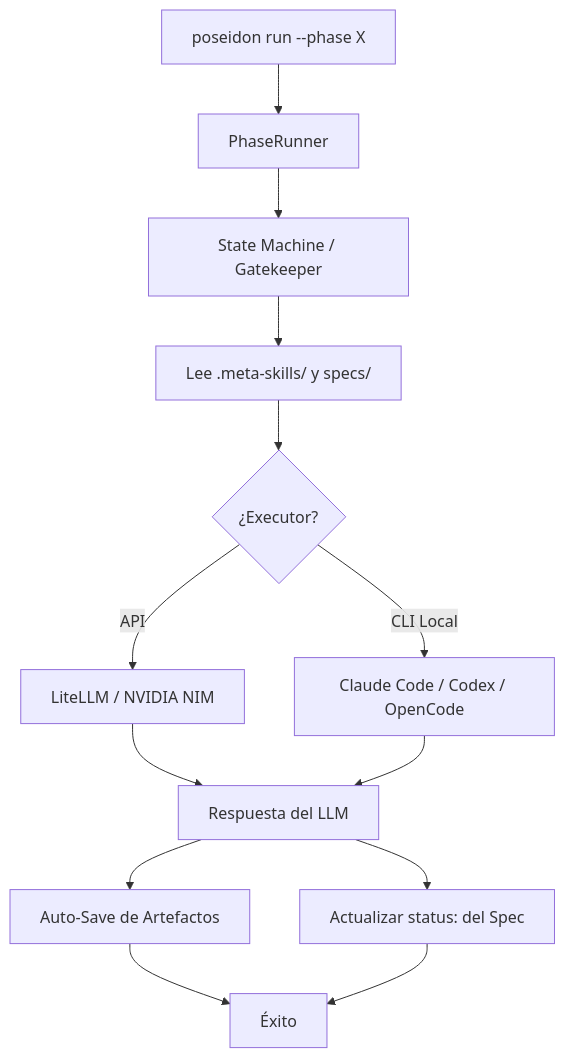
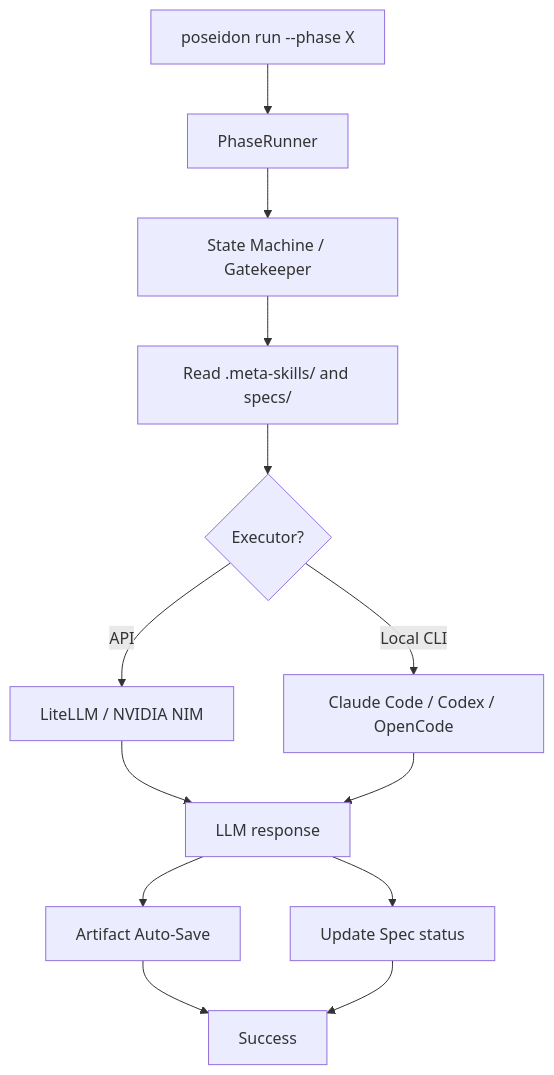
The diagram in README.md (MrErov/poseidon-agent), drawn with Mermaid before and after one commit. The commit also changed other lines of this file, not shown here.

````diff
--- a/README.md
+++ b/README.md
@@ -46,15 +45,15 @@
 ```mermaid
 graph TD
     CLI[poseidon run --phase X] --> Runner[PhaseRunner]
     Runner --> StateMachine[State Machine / Gatekeeper]
-    StateMachine --> ColdMemory[Lee .meta-skills/ y specs/]
-    ColdMemory --> Decision{¿Executor?}
+    StateMachine --> ColdMemory[Read .meta-skills/ and specs/]
+    ColdMemory --> Decision{Executor?}
     Decision -- API --> LiteLLM[LiteLLM / NVIDIA NIM]
-    Decision -- CLI Local --> Subprocess[Claude Code / Codex / OpenCode]
-    LiteLLM --> Result[Respuesta del LLM]
+    Decision -- Local CLI --> Subprocess[Claude Code / Codex / OpenCode]
+    LiteLLM --> Result[LLM response]
     Subprocess --> Result
-    Result --> AutoSave[Auto-Save de Artefactos]
-    Result --> SpecUpdate[Actualizar status: del Spec]
-    AutoSave --> Done[Éxito]
+    Result --> AutoSave[Artifact Auto-Save]
+    Result --> SpecUpdate[Update Spec status]
+    AutoSave --> Done[Success]
     SpecUpdate --> Done
 ```
````
